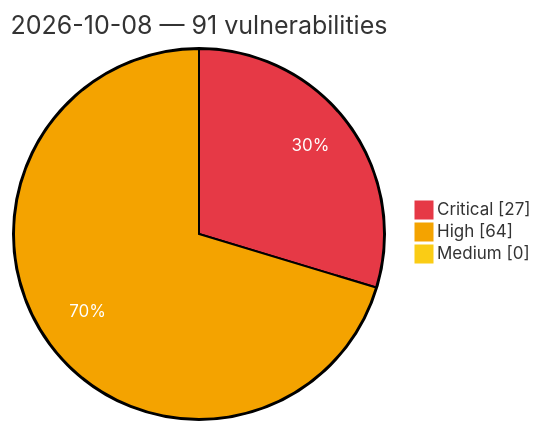
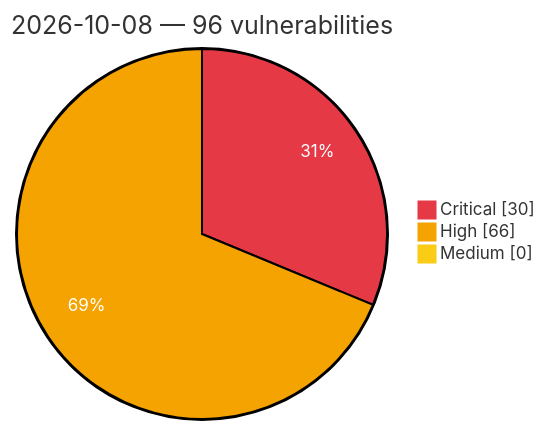
Before and after one commit to GhostX0X/vuln-tracker: the diagram in vulnerabilities/2026/October/2026-10-08.md, drawn with Mermaid. The commit also changed other lines of this file and 8 other files, not shown here.

Commit message:
Auto update: critical/high vulns (2026-10-09 07:14 UTC)

````diff
--- a/vulnerabilities/2026/October/2026-10-08.md
+++ b/vulnerabilities/2026/October/2026-10-08.md
@@ -3,8 +3,8 @@
 ```mermaid
 %%{init: {'theme':'base', 'themeVariables': {'pie1':'#e63946', 'pie2':'#f4a300', 'pie3':'#facc15', 'pieOpacity':'1', 'pieOuterStrokeWidth':'2px', 'pieSectionTextColor':'#ffffff'}}}%%
 pie showData
-    title 2026-10-08 — 91 vulnerabilities
-    "Critical" : 27
-    "High" : 64
+    title 2026-10-08 — 96 vulnerabilities
+    "Critical" : 30
+    "High" : 66
     "Medium" : 0
 ```
````
